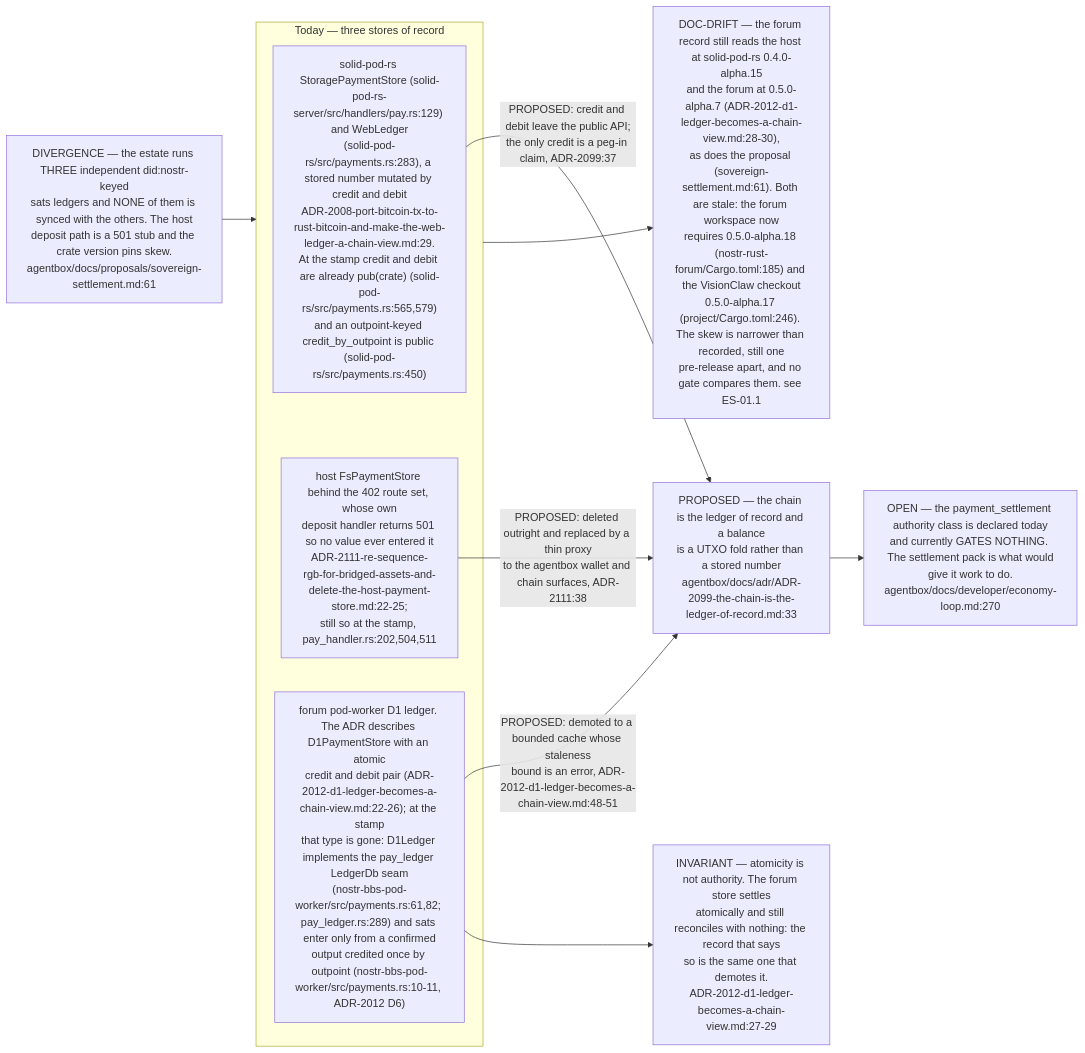
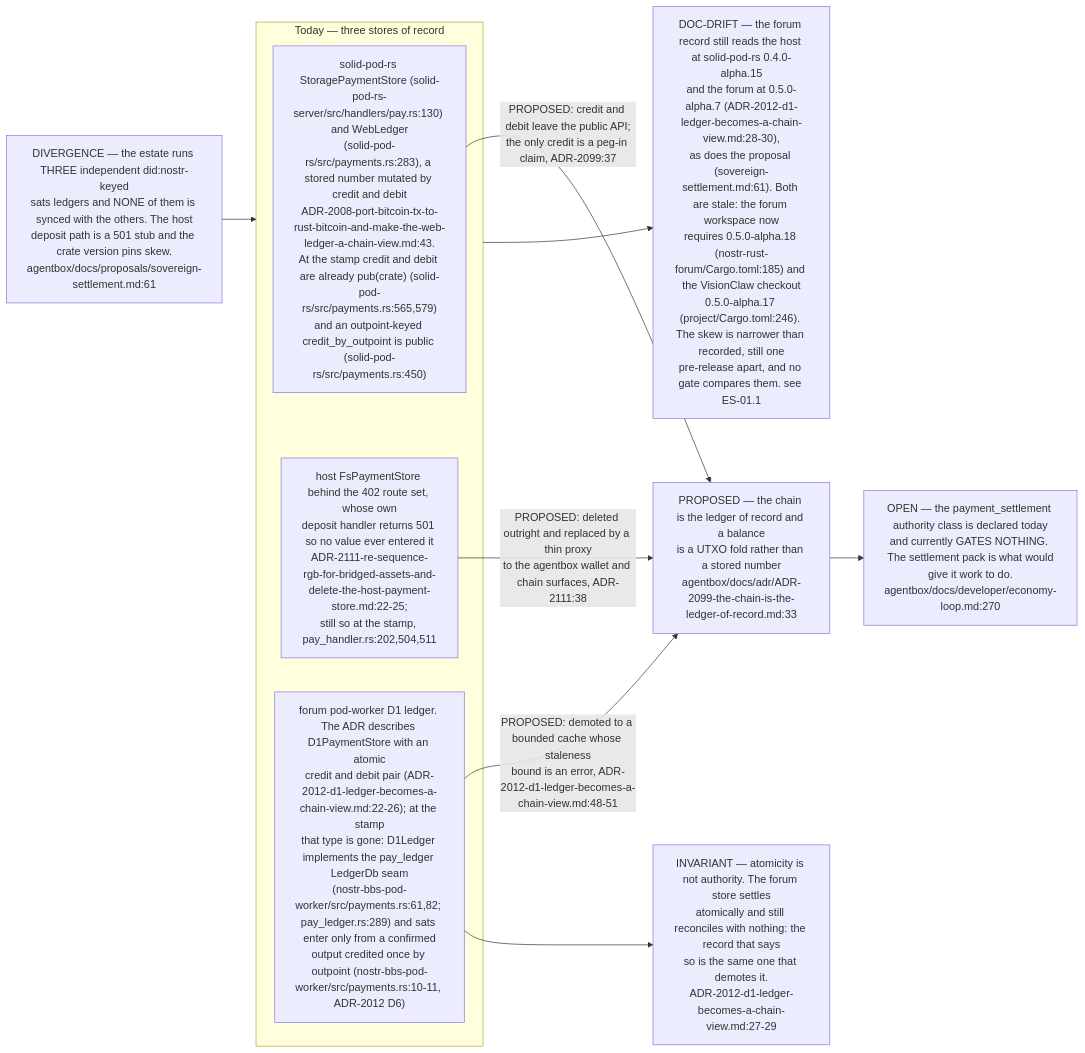
One commit to DreamLab-AI/VisionFlow changed diagram 12 of 12 in docs/diagrams/estate/03-cross-repo-federation-contract.md. Above: the diagram before and after it, drawn with Mermaid. The commit also changed other lines of this file and 154 other files, not shown here.

First line of the commit message:
docs(diagrams): re-stamp 154 topics whose every citation still reads the same text at the current heads

````diff
--- a/docs/diagrams/estate/03-cross-repo-federation-contract.md
+++ b/docs/diagrams/estate/03-cross-repo-federation-contract.md
@@ -512,25 +512,25 @@
 ```mermaid
 flowchart LR
     FACT["DIVERGENCE — the estate runs THREE independent did:nostr-keyed<br/>sats ledgers and NONE of them is synced with the others. The host<br/>deposit path is a 501 stub and the crate version pins skew.<br/>agentbox/docs/proposals/sovereign-settlement.md:61"]
 
     subgraph TODAY["Today — three stores of record"]
-        L1["solid-pod-rs StoragePaymentStore (solid-pod-rs-server/src/handlers/pay.rs:129) and WebLedger<br/>(solid-pod-rs/src/payments.rs:283), a stored number mutated by credit and debit<br/>ADR-2008-port-bitcoin-tx-to-rust-bitcoin-and-make-the-web-ledger-a-chain-view.md:29.<br/>At the stamp credit and debit are already pub(crate) (solid-pod-rs/src/payments.rs:565,579)<br/>and an outpoint-keyed credit_by_outpoint is public (solid-pod-rs/src/payments.rs:450)"]
+        L1["solid-pod-rs StoragePaymentStore (solid-pod-rs-server/src/handlers/pay.rs:130) and WebLedger<br/>(solid-pod-rs/src/payments.rs:283), a stored number mutated by credit and debit<br/>ADR-2008-port-bitcoin-tx-to-rust-bitcoin-and-make-the-web-ledger-a-chain-view.md:43.<br/>At the stamp credit and debit are already pub(crate) (solid-pod-rs/src/payments.rs:565,579)<br/>and an outpoint-keyed credit_by_outpoint is public (solid-pod-rs/src/payments.rs:450)"]
         L2["host FsPaymentStore behind the 402 route set, whose own<br/>deposit handler returns 501 so no value ever entered it<br/>ADR-2111-re-sequence-rgb-for-bridged-assets-and-delete-the-host-payment-store.md:22-25;<br/>still so at the stamp, pay_handler.rs:202,504,511"]
         L3["forum pod-worker D1 ledger. The ADR describes D1PaymentStore with an atomic<br/>credit and debit pair (ADR-2012-d1-ledger-becomes-a-chain-view.md:22-26); at the stamp<br/>that type is gone: D1Ledger implements the pay_ledger LedgerDb seam<br/>(nostr-bbs-pod-worker/src/payments.rs:61,82; pay_ledger.rs:289) and sats enter only from a confirmed<br/>output credited once by outpoint (nostr-bbs-pod-worker/src/payments.rs:10-11, ADR-2012 D6)"]
     end
     FACT --> TODAY
 
     CHAIN["PROPOSED — the chain is the ledger of record and a balance<br/>is a UTXO fold rather than a stored number<br/>agentbox/docs/adr/ADR-2099-the-chain-is-the-ledger-of-record.md:33"]
     L1 -->|"PROPOSED: credit and debit leave the public API;<br/>the only credit is a peg-in claim, ADR-2099:37"| CHAIN
     L2 -->|"PROPOSED: deleted outright and replaced by a thin proxy<br/>to the agentbox wallet and chain surfaces, ADR-2111:38"| CHAIN
     L3 -->|"PROPOSED: demoted to a bounded cache whose staleness<br/>bound is an error, ADR-2012-d1-ledger-becomes-a-chain-view.md:48-51"| CHAIN
 
     INV2["INVARIANT — atomicity is not authority. The forum store settles<br/>atomically and still reconciles with nothing: the record that says<br/>so is the same one that demotes it.<br/>ADR-2012-d1-ledger-becomes-a-chain-view.md:27-29"]
     L3 --> INV2
 
     GATE["OPEN — the payment_settlement authority class is declared today<br/>and currently GATES NOTHING. The settlement pack is what would<br/>give it work to do.<br/>agentbox/docs/developer/economy-loop.md:270"]
     CHAIN --> GATE
 
     SKEW["DOC-DRIFT — the forum record still reads the host at solid-pod-rs 0.4.0-alpha.15<br/>and the forum at 0.5.0-alpha.7 (ADR-2012-d1-ledger-becomes-a-chain-view.md:28-30),<br/>as does the proposal (sovereign-settlement.md:61). Both are stale: the forum workspace now<br/>requires 0.5.0-alpha.18 (nostr-rust-forum/Cargo.toml:185) and the VisionClaw checkout<br/>0.5.0-alpha.17 (project/Cargo.toml:246). The skew is narrower than recorded, still one<br/>pre-release apart, and no gate compares them. see ES-01.1"]
     TODAY --> SKEW
 ```
````
